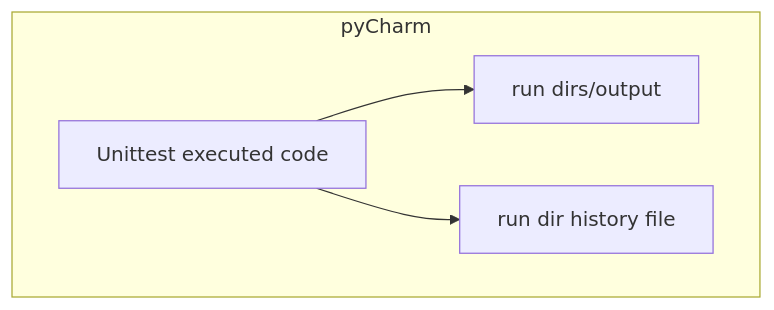
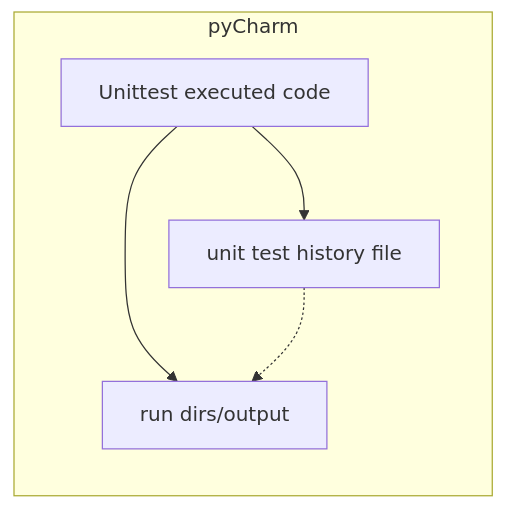
One commit to StuartGJohnson/AA203_project changed the diagram in README.md. Above: the diagram before and after it, drawn with Mermaid. The commit also changed other lines of this file and 1 other file, not shown here.

````diff
--- a/README.md
+++ b/README.md
@@ -23,7 +22,9 @@
 ```mermaid
-flowchart TB
+flowchart
     subgraph pyCharm
+        direction TB
         b1["Unittest executed code"] --> b2["run dirs/output"]
-        b1 --> b3["run dir history file"]
+        b1 --> b3["unit test history file"]
+        b3 -.-> b2
     end
 ```
````
